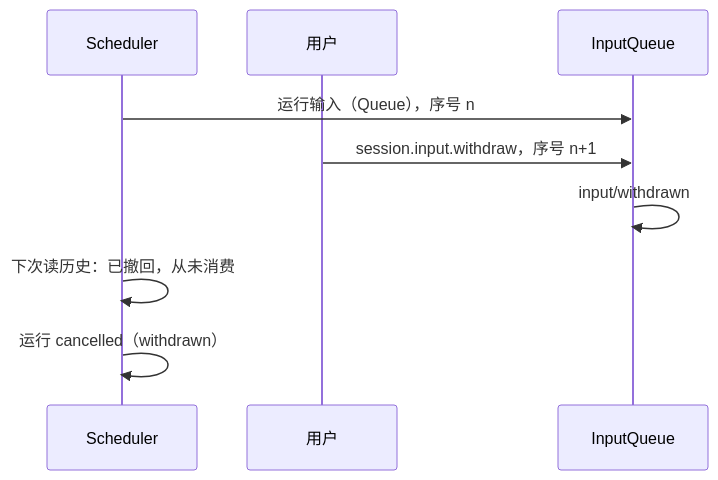
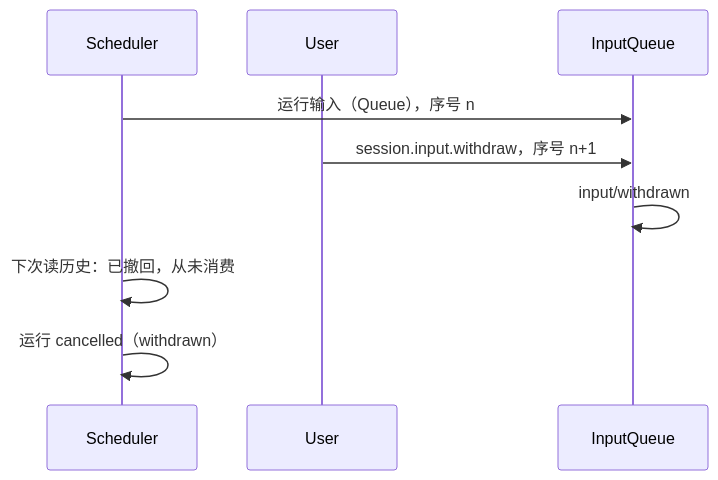
Before and after one commit to CoutinhoTTS/dim-agent: the sixth of 6 diagrams in docs/zh/design/plugins/Scheduler.md, drawn with Mermaid. The commit also changed other lines of this file and 18 other files, not shown here.

````diff
--- a/docs/zh/design/plugins/Scheduler.md
+++ b/docs/zh/design/plugins/Scheduler.md
@@ -149,11 +147,11 @@
 ```mermaid
 sequenceDiagram
   participant S as Scheduler
-  participant U as 用户
+  participant U as User
   participant IQ as InputQueue
   S->>IQ: 运行输入（Queue），序号 n
   U->>IQ: session.input.withdraw，序号 n+1
   IQ->>IQ: input/withdrawn
   S->>S: 下次读历史：已撤回，从未消费
   S->>S: 运行 cancelled（withdrawn）
 ```
````
